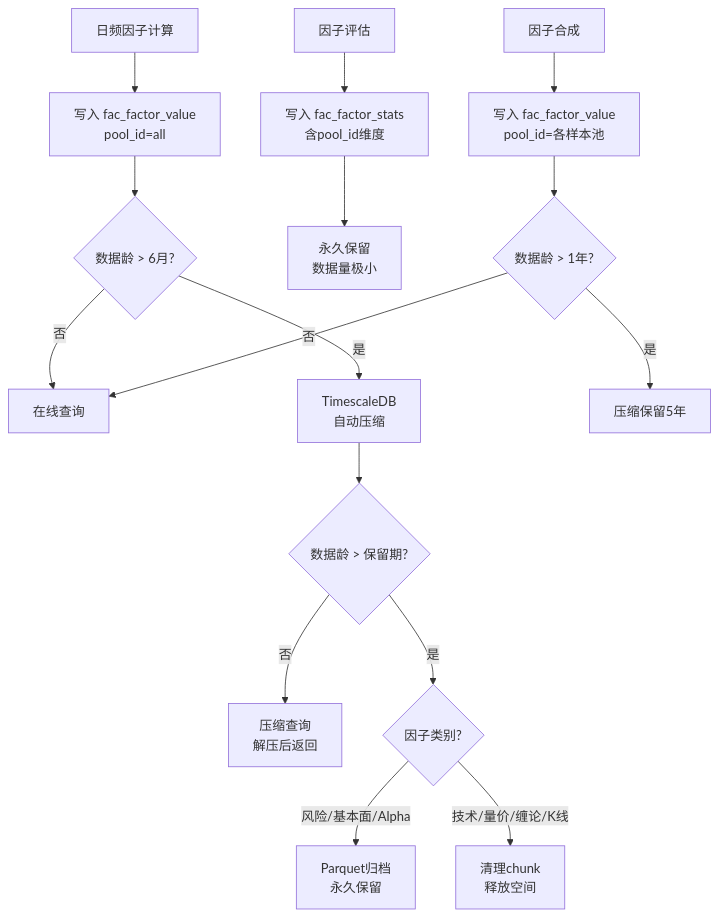
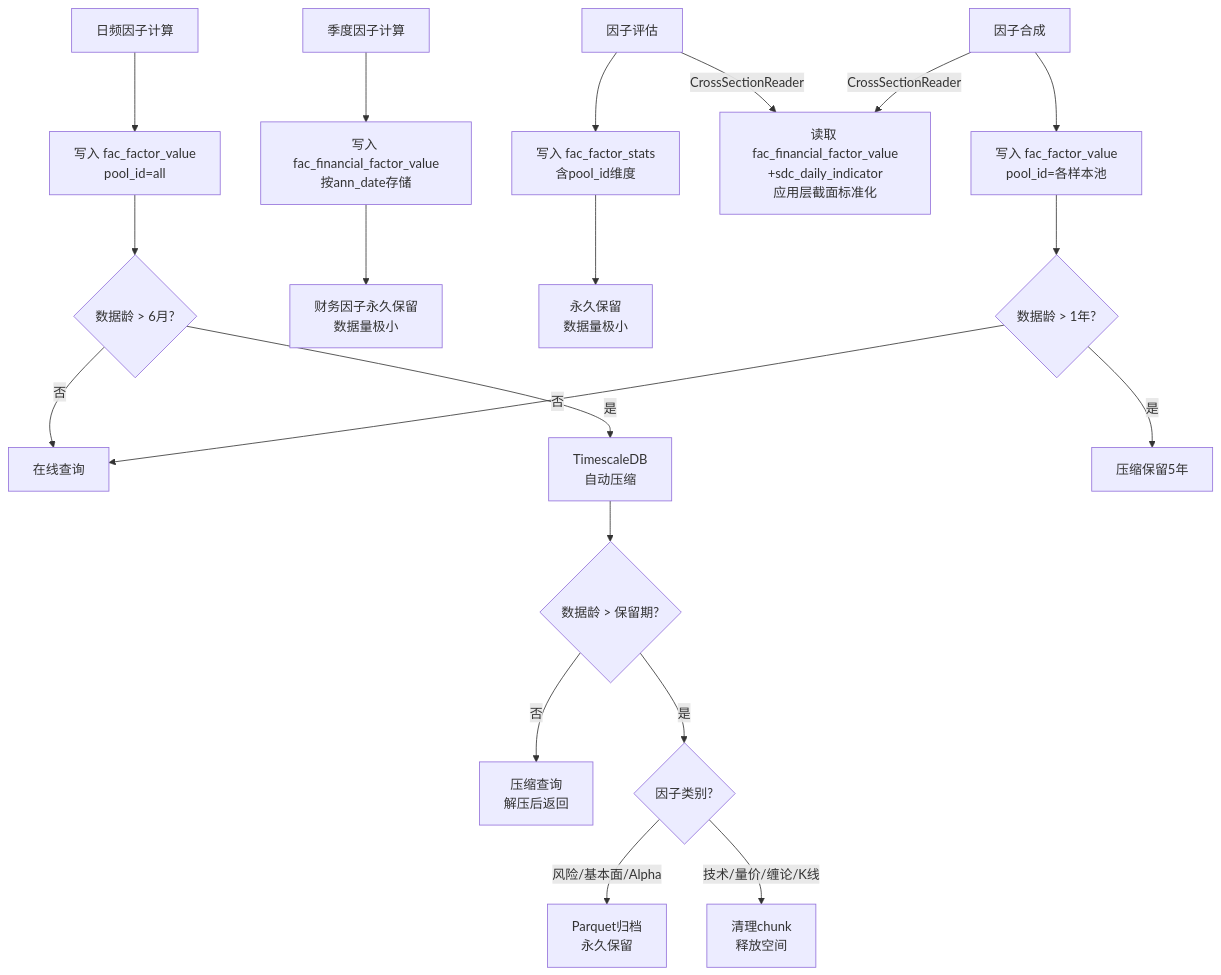
One commit to bitiany/xq-trader changed diagram 26 of 31 in docs/factor-architecture.md. Above: the diagram before and after it, drawn with Mermaid. The commit also changed other lines of this file and 35 other files, not shown here.

````diff
--- a/docs/factor-architecture.md
+++ b/docs/factor-architecture.md
@@ -1166,24 +1598,30 @@
 ```mermaid
 flowchart TD
     DAILY[日频因子计算] --> WRITE[写入 fac_factor_value<br/>pool_id=all]
 
+    QUARTERLY[季度因子计算] --> WRITE_FIN[写入 fac_financial_factor_value<br/>按ann_date存储]
+
     EVAL[因子评估] --> WRITE_STATS[写入 fac_factor_stats<br/>含pool_id维度]
+    EVAL -->|CrossSectionReader| READ_FIN[读取 fac_financial_factor_value<br/>+sdc_daily_indicator<br/>应用层截面标准化]
 
     SYNTH[因子合成] --> WRITE_ALPHA[写入 fac_factor_value<br/>pool_id=各样本池]
+    SYNTH -->|CrossSectionReader| READ_FIN
 
     WRITE --> CHECK_HOT{数据龄 > 6月?}
     CHECK_HOT -->|否| ONLINE[在线查询]
     CHECK_HOT -->|是| COMPRESS[TimescaleDB<br/>自动压缩]
 
     COMPRESS --> CHECK_WARM{数据龄 > 保留期?}
     CHECK_WARM -->|否| WARM_QUERY[压缩查询<br/>解压后返回]
     CHECK_WARM -->|是| CHECK_TYPE{因子类别?}
 
     CHECK_TYPE -->|风险/基本面/Alpha| ARCHIVE[Parquet归档<br/>永久保留]
     CHECK_TYPE -->|技术/量价/缠论/K线| PURGE[清理chunk<br/>释放空间]
 
+    WRITE_FIN --> FIN_KEEP[财务因子永久保留<br/>数据量极小]
+
     WRITE_STATS --> KEEP[永久保留<br/>数据量极小]
     WRITE_ALPHA --> CHECK_ALPHA{数据龄 > 1年?}
     CHECK_ALPHA -->|否| ONLINE
     CHECK_ALPHA -->|是| COMPRESS_ALPHA[压缩保留5年]
 ```
````
